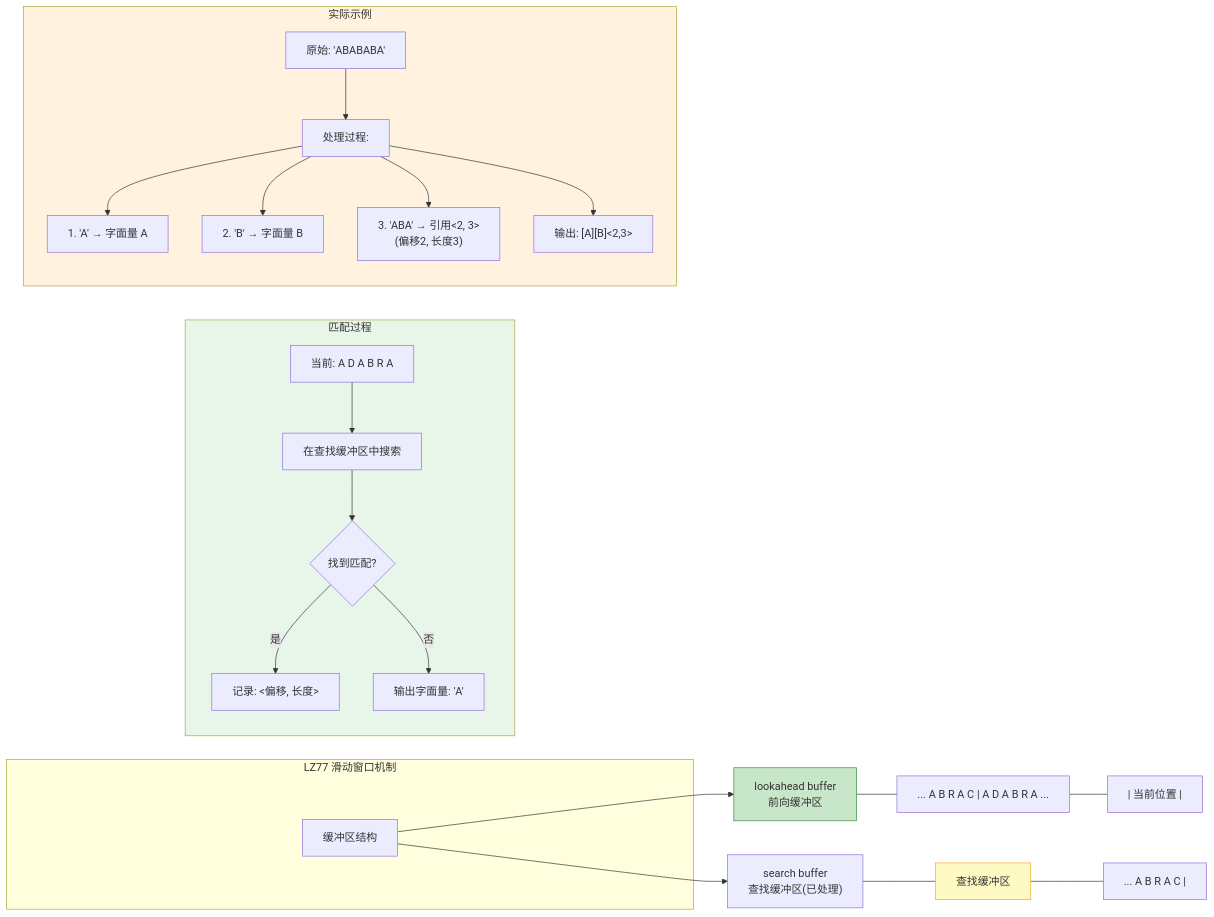
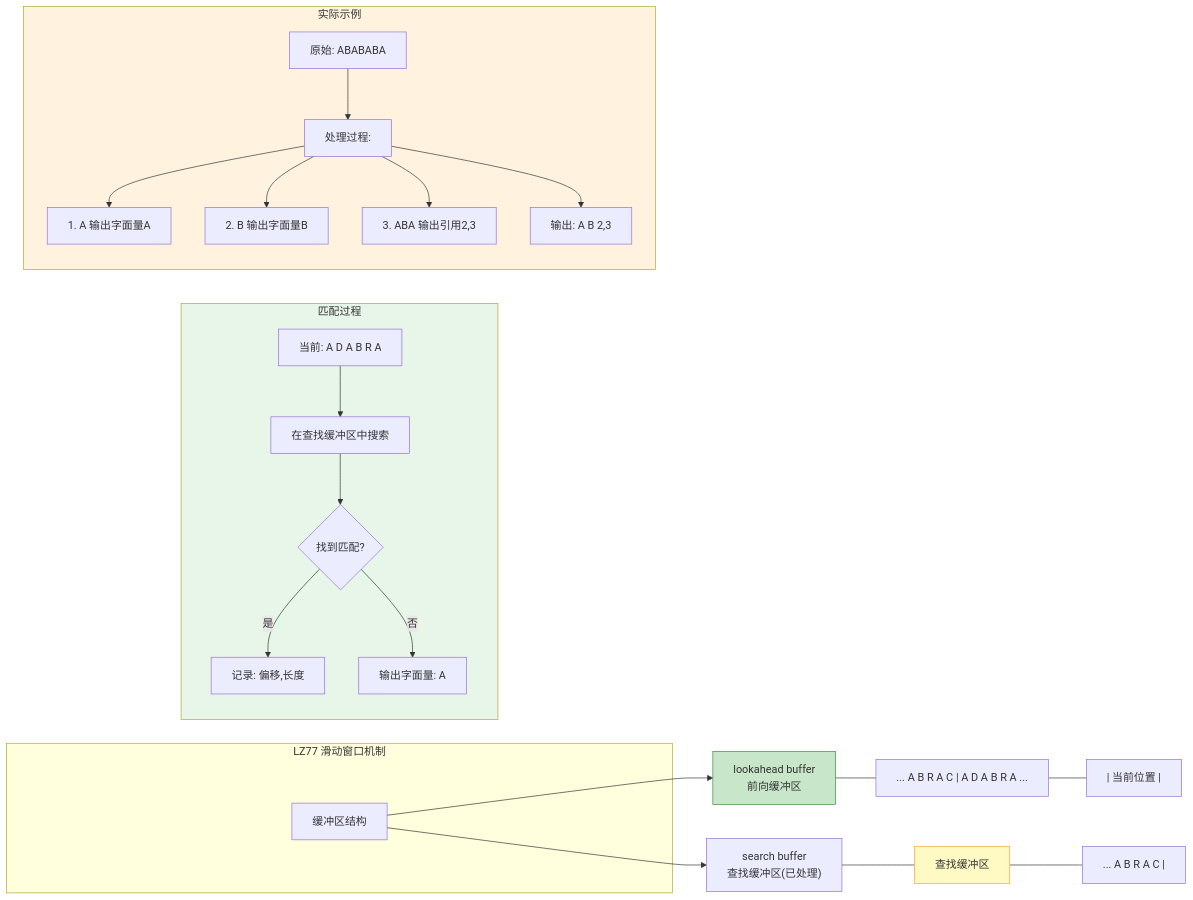
One commit to shadowdrop122/Webcompressor changed the sixth of 7 diagrams in README.md. Above: the diagram before and after it, drawn with Mermaid. The commit also changed other lines of this file and 68 other files, not shown here.

````diff
--- a/README.md
+++ b/README.md
@@ -580,38 +541,38 @@
 ```mermaid
 flowchart LR
     subgraph SLIDING["LZ77 滑动窗口机制"]
         A["缓冲区结构"]
     end
 
     A --> B["lookahead buffer<br/>前向缓冲区"]
     A --> C["search buffer<br/>查找缓冲区(已处理)"]
 
     B --- D["... A B R A C | A D A B R A ..."]
     D --- E["| 当前位置 |"]
 
     C --- F["查找缓冲区"]
     F --- G["... A B R A C |"]
 
     style F fill:#fff9c4,stroke:#f9a825
     style B fill:#c8e6c9,stroke:#388e3c
 
     subgraph MATCH["匹配过程"]
-        H["当前: A D A B R A"]
-        H --> I["在查找缓冲区中搜索"]
-        I --> J{"找到匹配?"}
-        J -->|是| K["记录: &lt;偏移, 长度&gt;"]
-        J -->|否| L["输出字面量: 'A'"]
+        H[当前: A D A B R A]
+        H --> I[在查找缓冲区中搜索]
+        I --> J{找到匹配?}
+        J -->|是| K[记录: 偏移,长度]
+        J -->|否| L[输出字面量: A]
     end
 
     subgraph EXAMPLE["实际示例"]
-        M["原始: 'ABABABA'"]
-        M --> N["处理过程:"]
-        N --> O["1. 'A' → 字面量 A"]
-        N --> P["2. 'B' → 字面量 B"]
-        N --> Q["3. 'ABA' → 引用&lt;2, 3&gt;<br/>(偏移2, 长度3)"]
-        N --> R["输出: [A][B]&lt;2,3&gt;"]
+        M[原始: ABABABA]
+        M --> N[处理过程:]
+        N --> O[1. A 输出字面量A]
+        N --> P[2. B 输出字面量B]
+        N --> Q[3. ABA 输出引用2,3]
+        N --> R[输出: A B 2,3]
     end
 
     style MATCH fill:#e8f5e9
     style EXAMPLE fill:#fff3e0
 ```
````
